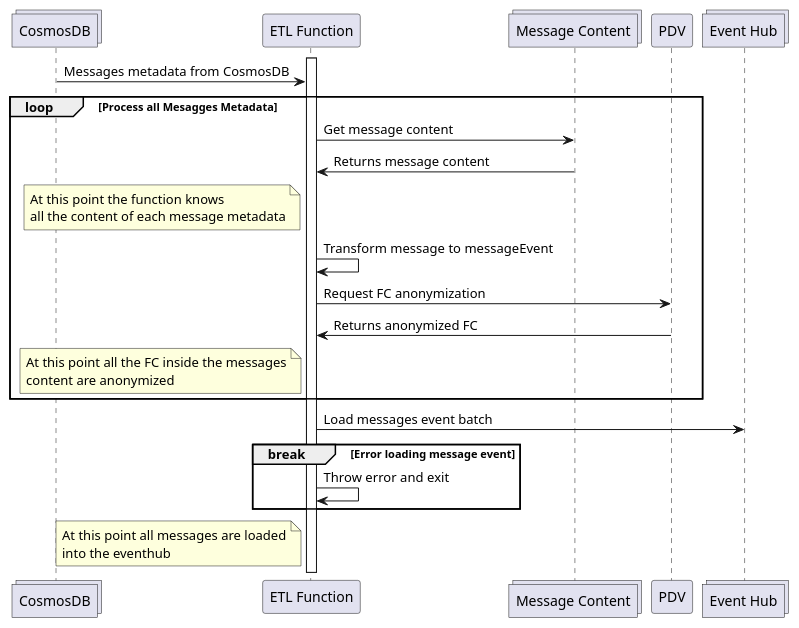
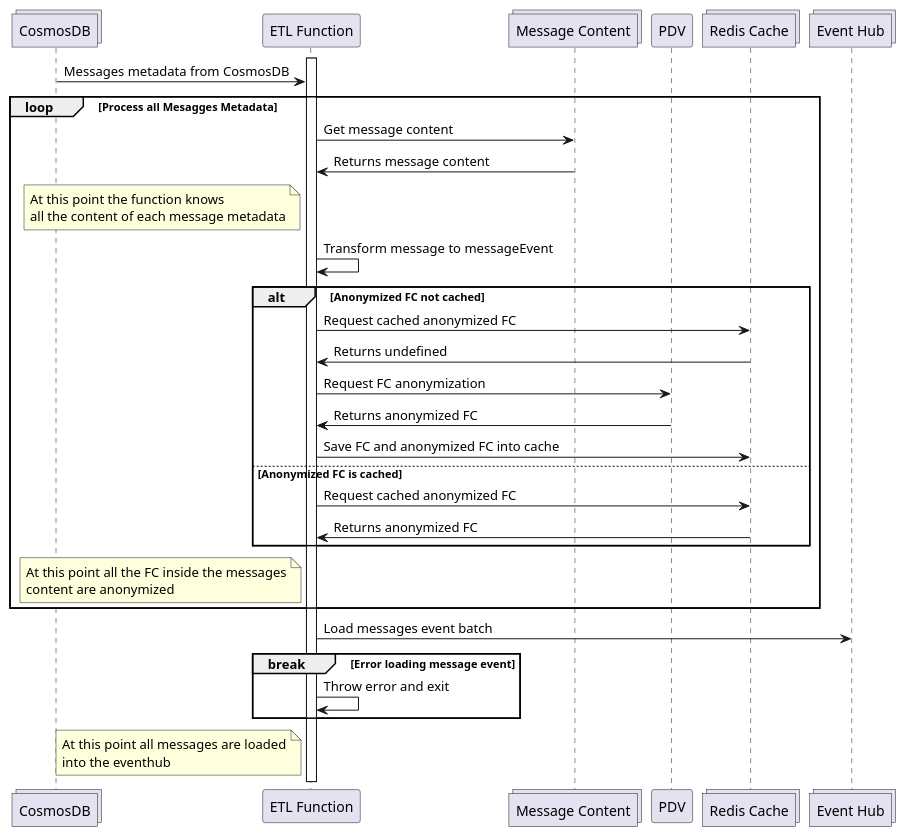
The diagram in apps/etl-func/docs/messages-ingestion/messages-ingestion-flow.puml (pagopa/io-messages), drawn with PlantUML before and after one commit.

Commit message:
updating sequence diagram with redis flow

```diff
--- a/apps/etl-func/docs/messages-ingestion/messages-ingestion-flow.puml
+++ b/apps/etl-func/docs/messages-ingestion/messages-ingestion-flow.puml
@@ -1,36 +1,48 @@
 @startuml messages-ingestion-flow
 collections "CosmosDB" as CosmosDB
 participant "ETL Function" as etlFunc
 collections "Message Content" as MessageContent
 participant "PDV" as PDV
+collections "Redis Cache" as redis
 collections "Event Hub" as EventHub
 
 activate etlFunc
 CosmosDB -> etlFunc: Messages metadata from CosmosDB
 
 loop Process all Mesagges Metadata
   etlFunc -> MessageContent: Get message content
   MessageContent -> etlFunc: Returns message content
   note left of etlFunc
     At this point the function knows
     all the content of each message metadata
   end note
   etlFunc -> etlFunc: Transform message to messageEvent
-  etlFunc -> PDV: Request FC anonymization
-  PDV -> etlFunc: Returns anonymized FC
+
+  alt Anonymized FC not cached
+    etlFunc -> redis: Request cached anonymized FC
+    redis -> etlFunc: Returns undefined
+    etlFunc -> PDV: Request FC anonymization
+    PDV -> etlFunc: Returns anonymized FC
+    etlFunc -> redis: Save FC and anonymized FC into cache
+  else Anonymized FC is cached
+    etlFunc -> redis: Request cached anonymized FC
+    redis -> etlFunc: Returns anonymized FC
+  end
+
   note left of etlFunc
     At this point all the FC inside the messages
     content are anonymized
   end note
+
 end
 
 etlFunc -> EventHub: Load messages event batch
 break Error loading message event
     etlFunc -> etlFunc: Throw error and exit
 end
 note left of etlFunc
     At this point all messages are loaded
     into the eventhub
 end note
 
 @enduml
```
